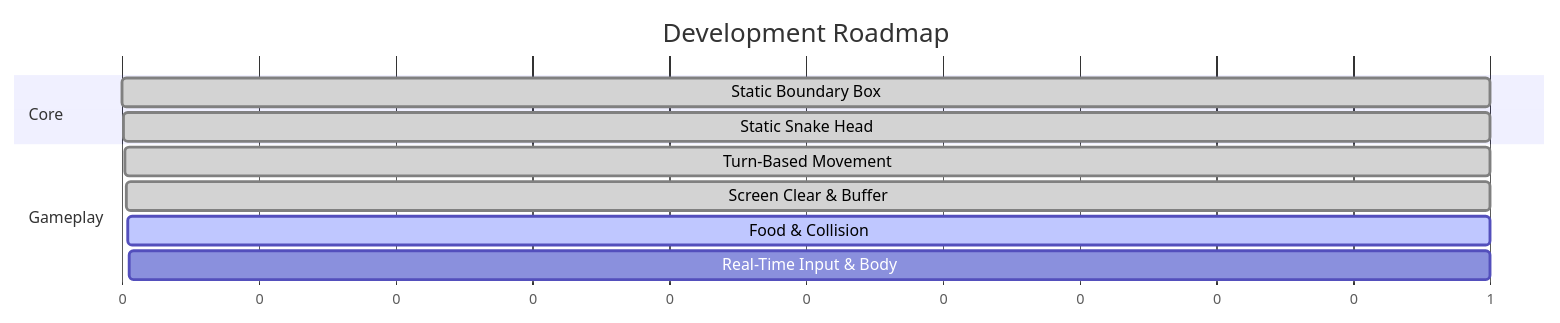
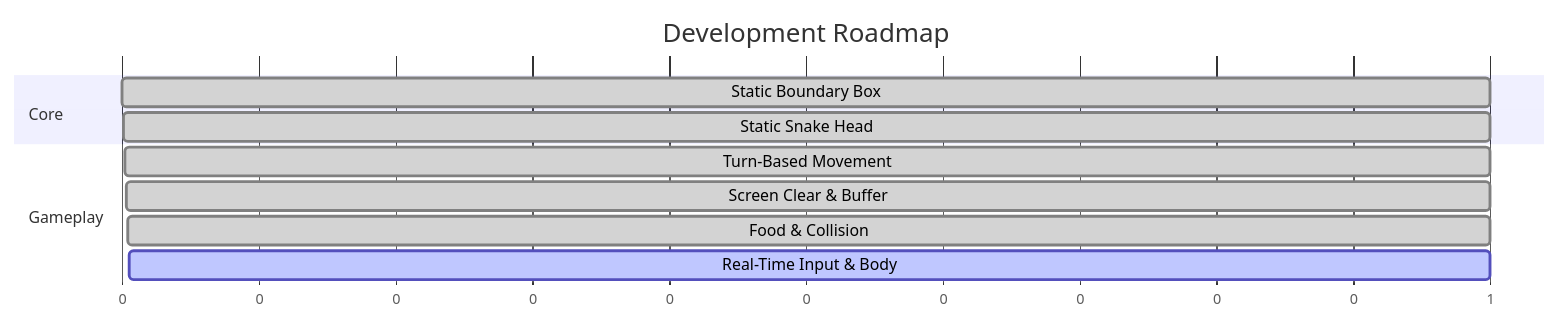
The fourth of 4 diagrams in README.md (cyanoge1-netizen/snake-game-c), drawn with Mermaid before and after one commit. The commit also changed other lines of this file and 1 other file, not shown here.

Commit message:
feat: complete milestone 4 with random food spawning and score tracking

````diff
--- a/README.md
+++ b/README.md
@@ -85,14 +85,14 @@
 ```mermaid
 gantt
     title Development Roadmap
     dateFormat  X
     axisFormat %s
     section Core
     Static Boundary Box       :done, m1, 0, 1
     Static Snake Head         :done, m2, 1, 1
     section Gameplay
     Turn-Based Movement       :done, m3, 2, 1
     Screen Clear & Buffer     :done, m4_prep, 3, 1
-    Food & Collision          :active, m4, 4, 1
-    Real-Time Input & Body    :m5, 5, 1
+    Food & Collision          :done, m4, 4, 1
+    Real-Time Input & Body    :active, m5, 5, 1
 ```
````
